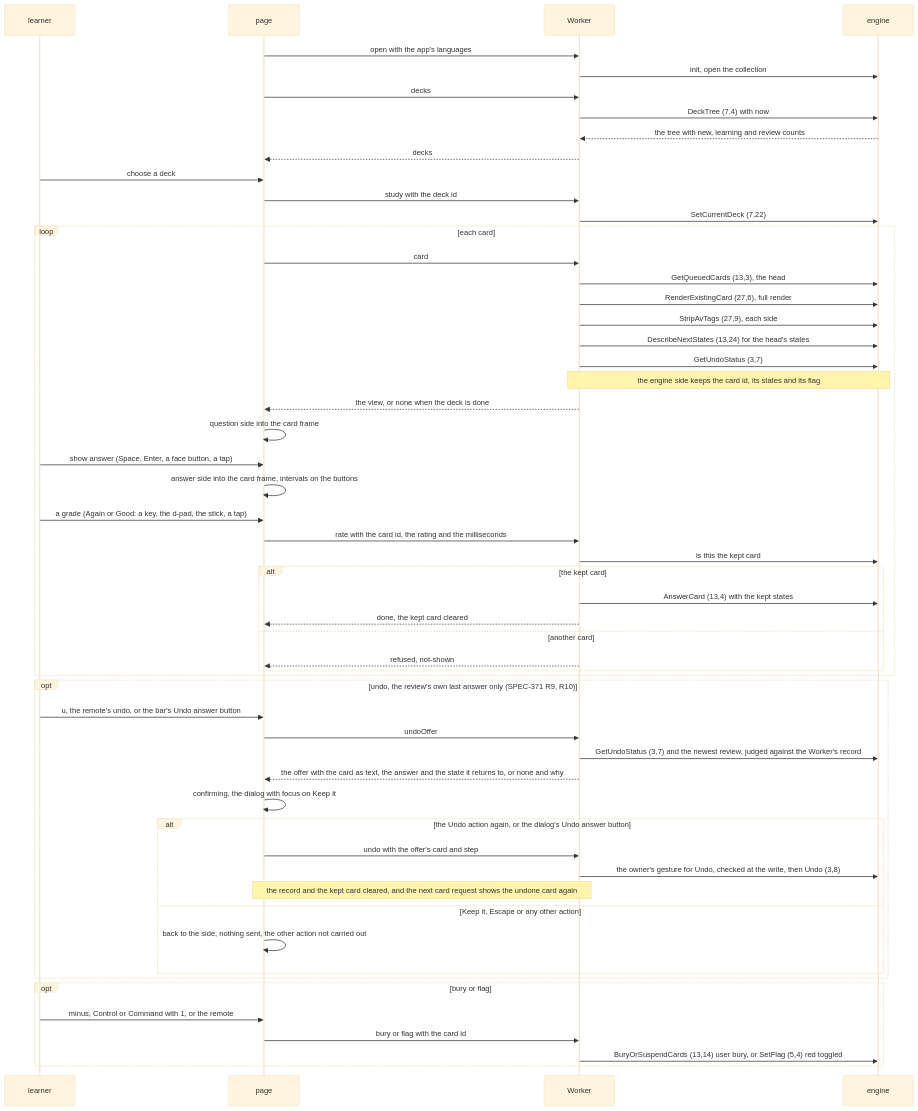
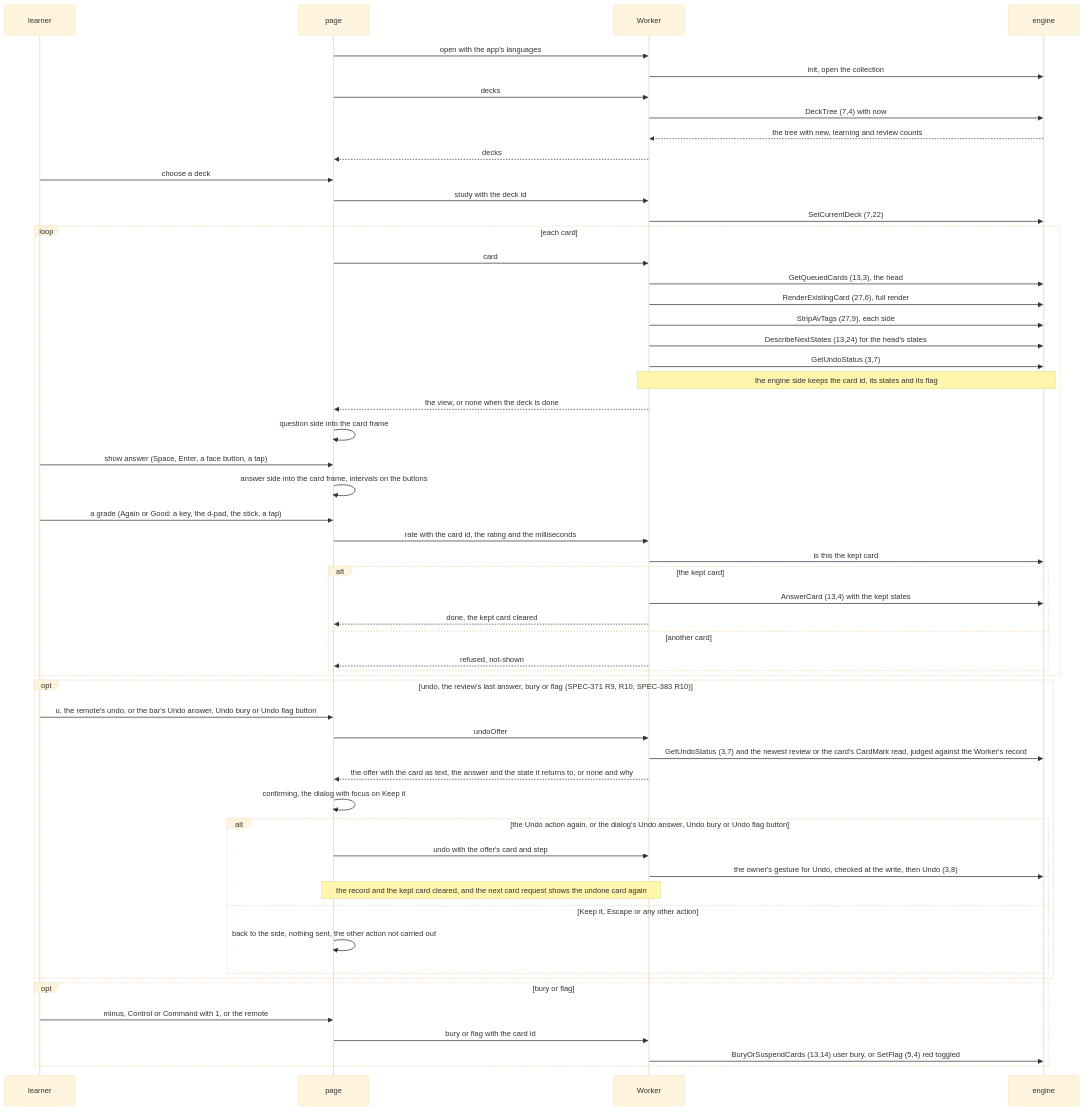
One commit to RexRenatus/deck-streak changed the second of 6 diagrams in docs/schematics/web-study-screens.md. Above: the diagram before and after it, drawn with Mermaid (base theme). The commit also changed 6 other files, not shown here.

Commit message:
docs(undo): spec and decision for undoing a bury or a flag

````diff
--- a/docs/schematics/web-study-screens.md
+++ b/docs/schematics/web-study-screens.md
@@ -92,58 +92,58 @@
 ```mermaid
 sequenceDiagram
   participant L as learner
   participant P as page
   participant W as Worker
   participant E as engine
 
   P->>W: open with the app's languages
   W->>E: init, open the collection
   P->>W: decks
   W->>E: DeckTree (7,4) with now
   E-->>W: the tree with new, learning and review counts
   W-->>P: decks
   L->>P: choose a deck
   P->>W: study with the deck id
   W->>E: SetCurrentDeck (7,22)
   loop each card
     P->>W: card
     W->>E: GetQueuedCards (13,3), the head
     W->>E: RenderExistingCard (27,6), full render
     W->>E: StripAvTags (27,9), each side
     W->>E: DescribeNextStates (13,24) for the head's states
     W->>E: GetUndoStatus (3,7)
     Note over W,E: the engine side keeps the card id, its states and its flag
     W-->>P: the view, or none when the deck is done
     P->>P: question side into the card frame
     L->>P: show answer (Space, Enter, a face button, a tap)
     P->>P: answer side into the card frame, intervals on the buttons
     L->>P: a grade (Again or Good: a key, the d-pad, the stick, a tap)
     P->>W: rate with the card id, the rating and the milliseconds
     W->>E: is this the kept card
     alt the kept card
       W->>E: AnswerCard (13,4) with the kept states
       W-->>P: done, the kept card cleared
     else another card
       W-->>P: refused, not-shown
     end
   end
-  opt undo, the review's own last answer only (SPEC-371 R9, R10)
-    L->>P: u, the remote's undo, or the bar's Undo answer button
+  opt undo, the review's last answer, bury or flag (SPEC-371 R9, R10, SPEC-383 R10)
+    L->>P: u, the remote's undo, or the bar's Undo answer, Undo bury or Undo flag button
     P->>W: undoOffer
-    W->>E: GetUndoStatus (3,7) and the newest review, judged against the Worker's record
+    W->>E: GetUndoStatus (3,7) and the newest review or the card's CardMark read, judged against the Worker's record
     W-->>P: the offer with the card as text, the answer and the state it returns to, or none and why
     P->>P: confirming, the dialog with focus on Keep it
-    alt the Undo action again, or the dialog's Undo answer button
+    alt the Undo action again, or the dialog's Undo answer, Undo bury or Undo flag button
       P->>W: undo with the offer's card and step
       W->>E: the owner's gesture for Undo, checked at the write, then Undo (3,8)
       Note over P,W: the record and the kept card cleared, and the next card request shows the undone card again
     else Keep it, Escape or any other action
       P->>P: back to the side, nothing sent, the other action not carried out
     end
   end
   opt bury or flag
     L->>P: minus, Control or Command with 1, or the remote
     P->>W: bury or flag with the card id
     W->>E: BuryOrSuspendCards (13,14) user bury, or SetFlag (5,4) red toggled
   end
 ```
````
